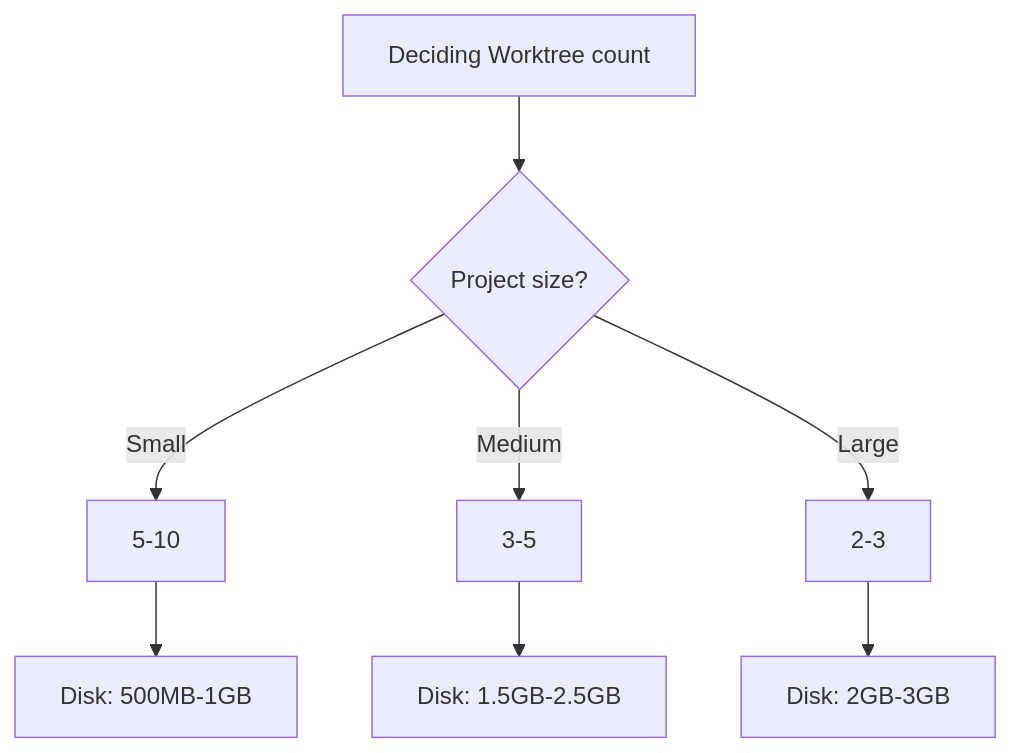
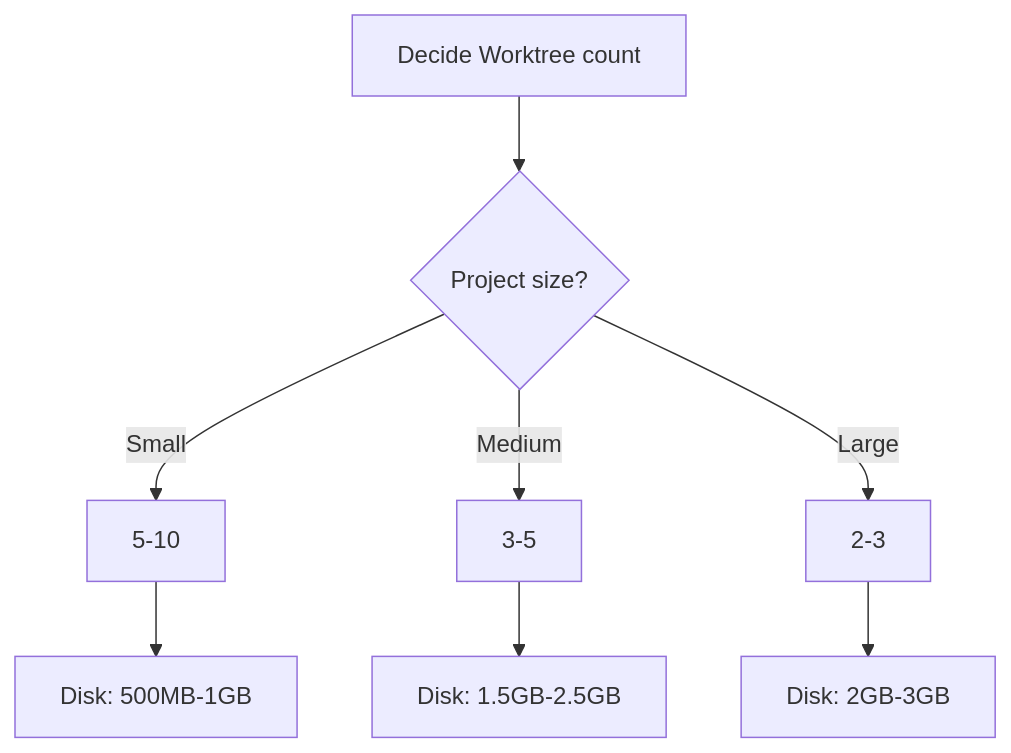
One commit to modu-ai/moai-adk changed the eighth of 9 diagrams in docs-site/content/en/worktree/faq.md. Above: the diagram before and after it, drawn with Mermaid. The commit also changed other lines of this file and 180 other files, not shown here.

````diff
--- a/docs-site/content/en/worktree/faq.md
+++ b/docs-site/content/en/worktree/faq.md
@@ -454,11 +437,11 @@
 ```mermaid
 graph TD
-    A[Deciding Worktree count] --> B{Project size?}
+    A[Decide Worktree count] --> B{Project size?}
     B -->|Small| C[5-10]
     B -->|Medium| D[3-5]
     B -->|Large| E[2-3]
 
     C --> F[Disk: 500MB-1GB]
     D --> G[Disk: 1.5GB-2.5GB]
     E --> H[Disk: 2GB-3GB]
 ```
````
